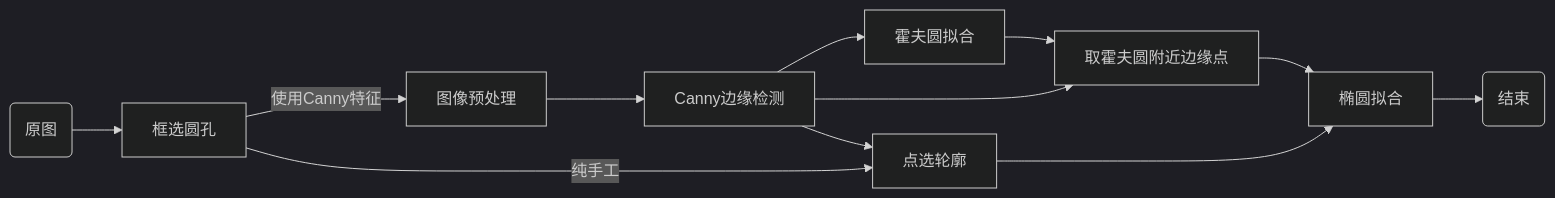
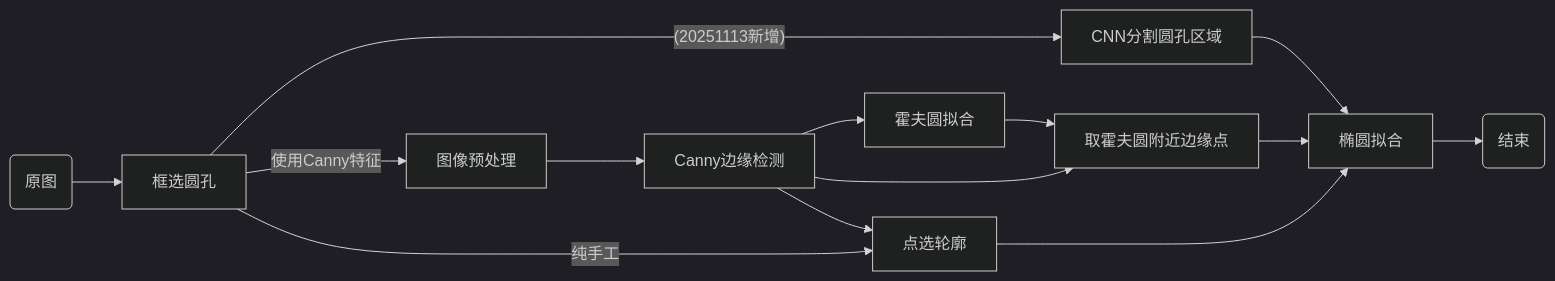
One commit to KoapT/annotation_tool changed the diagram in README.MD. Above: the diagram before and after it, drawn with Mermaid (dark theme). The commit also changed other lines of this file and 1 other file, not shown here.

````diff
--- a/README.MD
+++ b/README.MD
@@ -11,14 +11,15 @@
 ```mermaid
 flowchart LR
      A(原图)--> B[框选圆孔]
+     B--(20251113新增)-->G[CNN分割圆孔区域]-->F
      B--使用Canny特征-->C[图像预处理]
      C-->D[Canny边缘检测]
      D-->E[点选轮廓]
      D-->N[霍夫圆拟合]
      N-->M[取霍夫圆附近边缘点]
      D-->M
      M-->F
      E-->F[椭圆拟合]
      F-->H(结束)
      B--纯手工-->E
 ```
````
